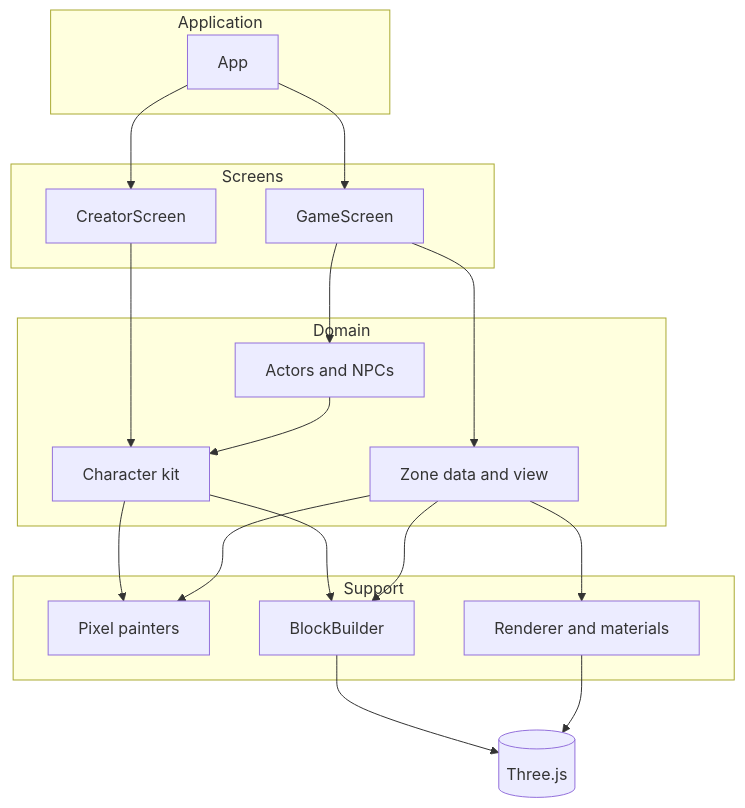
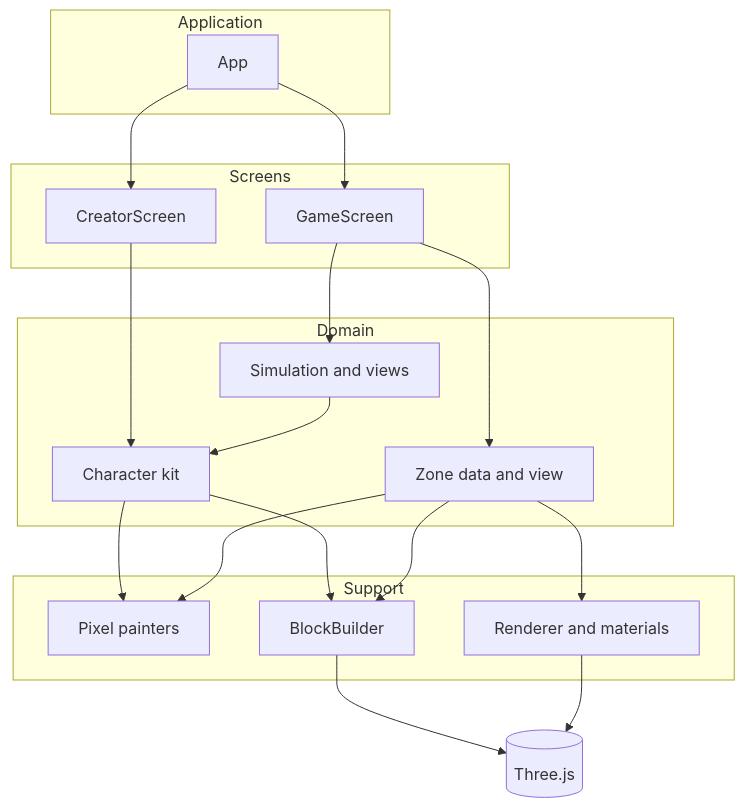
The first of 2 diagrams in docs/architecture.md (booshie-uuid/foreverquest), drawn with Mermaid before and after one commit. The commit also changed other lines of this file and 21 other files, not shown here.

````diff
--- a/docs/architecture.md
+++ b/docs/architecture.md
@@ -9,42 +9,42 @@
 ```mermaid
 flowchart TB
     accTitle: Engine Layers
     accDescr: The application layer owns two screens; the screens use the character, world and game modules; those use the art, geometry and engine modules; everything renders through Three.js
 
     subgraph app_layer ["Application"]
         app[App]
     end
 
     subgraph screen_layer ["Screens"]
         creator[CreatorScreen]
         game_screen[GameScreen]
     end
 
     subgraph domain_layer ["Domain"]
         character[Character kit]
         world[Zone data and view]
-        game_logic[Actors and NPCs]
+        game_logic[Simulation and views]
     end
 
     subgraph support_layer ["Support"]
         art[Pixel painters]
         geometry[BlockBuilder]
         engine[Renderer and materials]
     end
 
     three[(Three.js)]
 
     app --> creator
     app --> game_screen
     creator --> character
     game_screen --> world
     game_screen --> game_logic
     game_logic --> character
     character --> art
     character --> geometry
     world --> art
     world --> geometry
     world --> engine
     geometry --> three
     engine --> three
 ```
````
